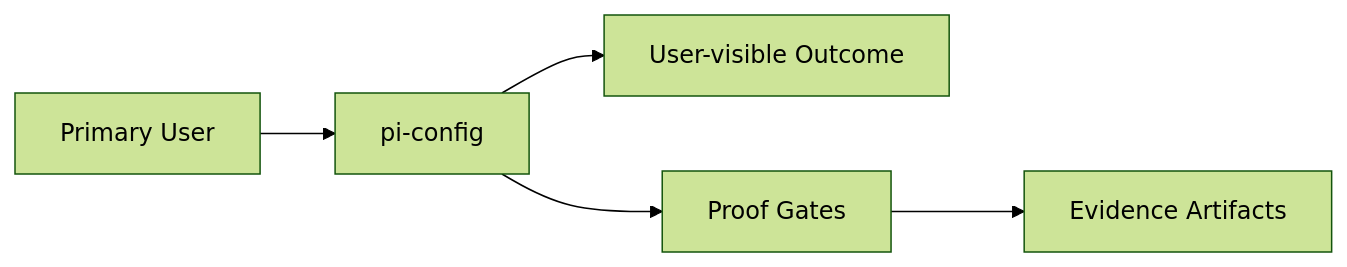
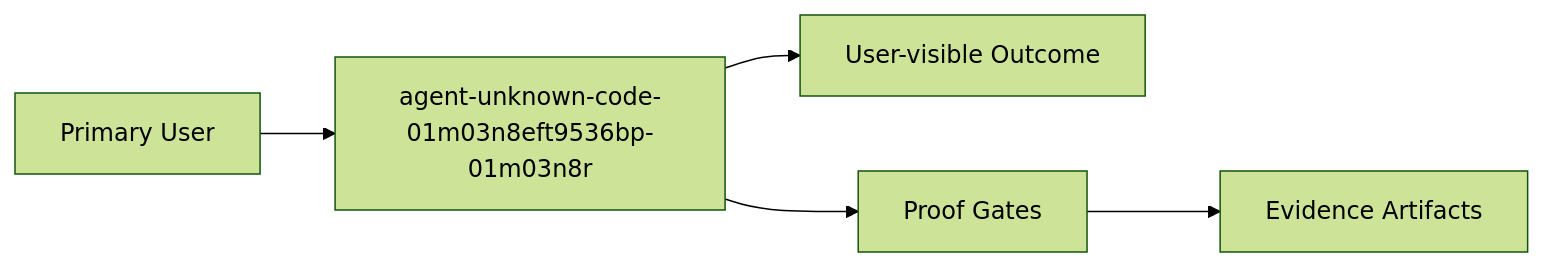
Before and after one commit to alexhraber/pi-config: the diagram in .decapod/managed/specs/INTENT.md, drawn with Mermaid (forest theme). The commit also changed other lines of this file and 51 other files, not shown here.

````diff
--- a/.decapod/managed/specs/INTENT.md
+++ b/.decapod/managed/specs/INTENT.md
@@ -25,7 +25,7 @@
 ```mermaid
 flowchart LR
-  U[Primary User] --> P[pi-config]
+  U[Primary User] --> P[agent-unknown-code-01m03n8eft9536bp-01m03n8r]
   P --> O[User-visible Outcome]
   P --> G[Proof Gates]
   G --> E[Evidence Artifacts]
 ```
````
